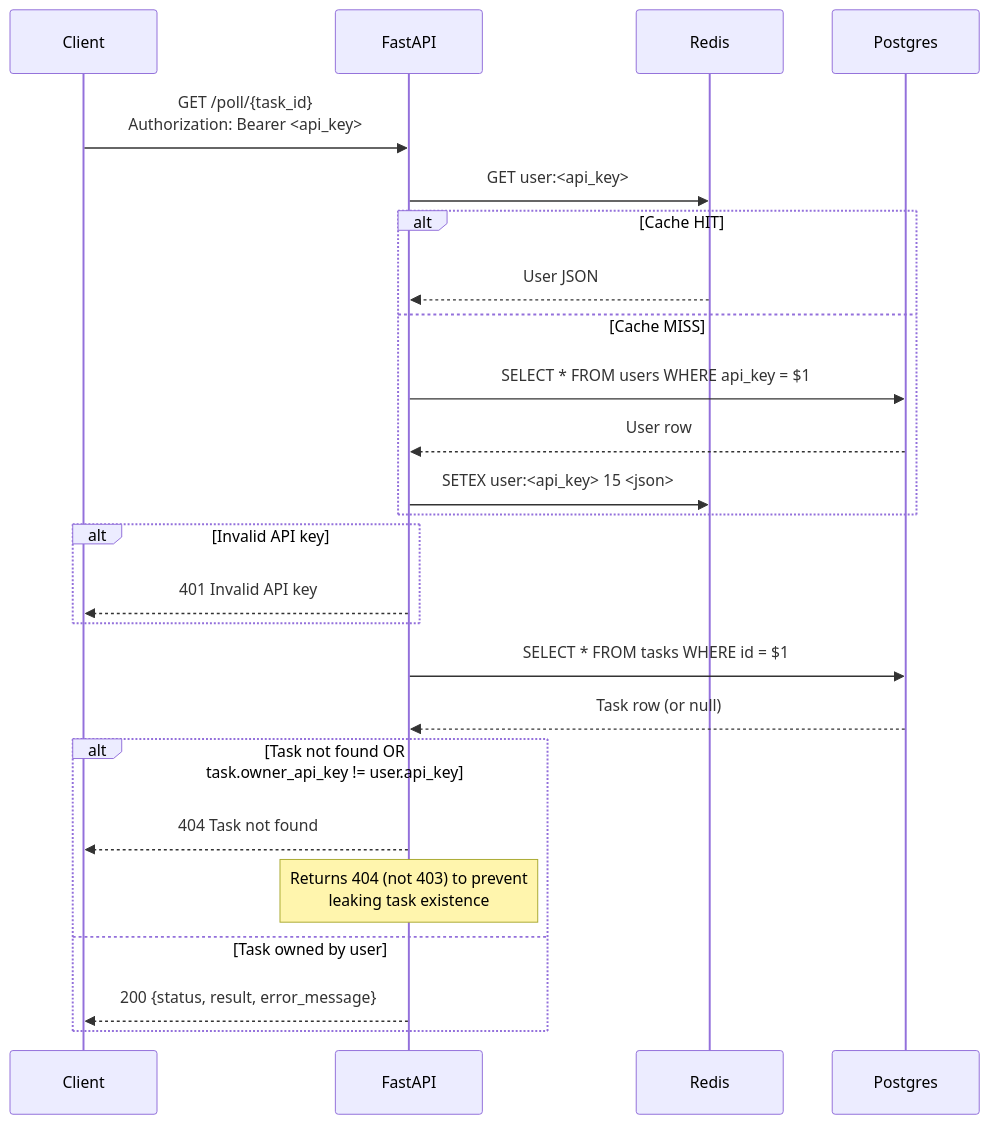
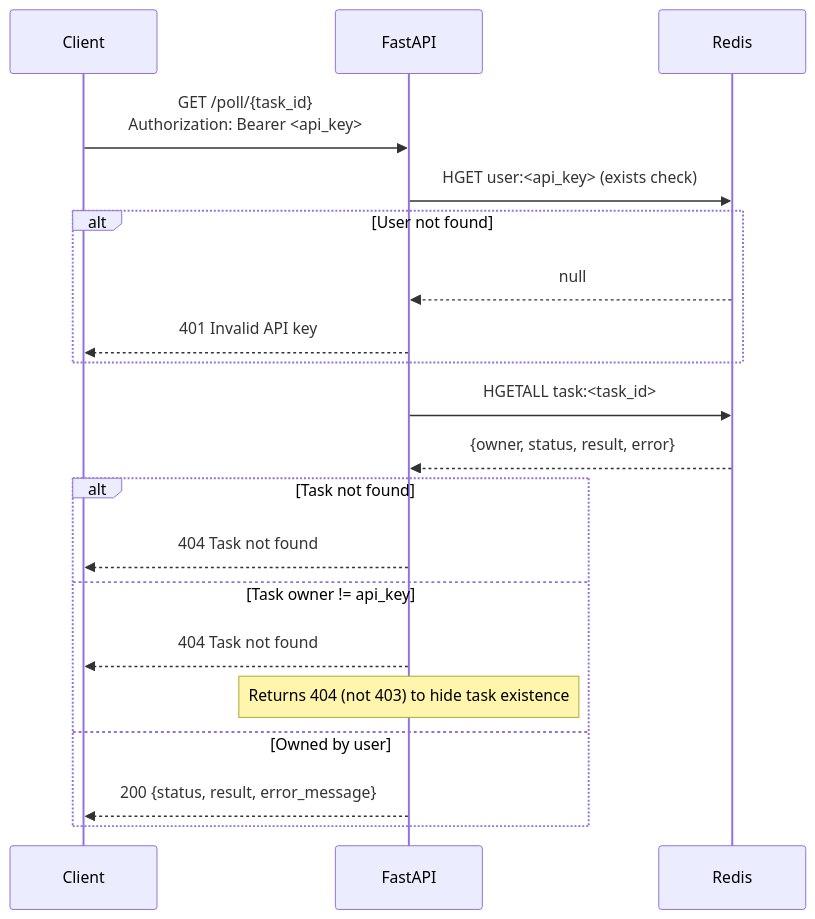
One commit to aregmii/celery-api-quickstart changed the third of 6 diagrams in sequence_diagrams.md. Above: the diagram before and after it, drawn with Mermaid. The commit also changed other lines of this file, not shown here.

````diff
--- a/sequence_diagrams.md
+++ b/sequence_diagrams.md
@@ -92,34 +127,28 @@
 ```mermaid
 sequenceDiagram
     participant Client
     participant FastAPI
     participant Redis
-    participant Postgres
 
     Client->>FastAPI: GET /poll/{task_id}<br/>Authorization: Bearer <api_key>
 
-    %% Authentication (same cache-aside pattern)
-    FastAPI->>Redis: GET user:<api_key>
-    alt Cache HIT
-        Redis-->>FastAPI: User JSON
-    else Cache MISS
-        FastAPI->>Postgres: SELECT * FROM users WHERE api_key = $1
-        Postgres-->>FastAPI: User row
-        FastAPI->>Redis: SETEX user:<api_key> 15 <json>
-    end
+    %% Single Redis call: get user + task
+    FastAPI->>Redis: HGET user:<api_key> (exists check)
 
-    alt Invalid API key
+    alt User not found
+        Redis-->>FastAPI: null
         FastAPI-->>Client: 401 Invalid API key
     end
 
-    %% Fetch Task
-    FastAPI->>Postgres: SELECT * FROM tasks WHERE id = $1
-    Postgres-->>FastAPI: Task row (or null)
+    FastAPI->>Redis: HGETALL task:<task_id>
+    Redis-->>FastAPI: {owner, status, result, error}
 
-    alt Task not found OR task.owner_api_key != user.api_key
+    alt Task not found
         FastAPI-->>Client: 404 Task not found
-        Note over FastAPI: Returns 404 (not 403) to prevent<br/>leaking task existence
-    else Task owned by user
+    else Task owner != api_key
+        FastAPI-->>Client: 404 Task not found
+        Note over FastAPI: Returns 404 (not 403) to hide task existence
+    else Owned by user
         FastAPI-->>Client: 200 {status, result, error_message}
     end
 ```
````
